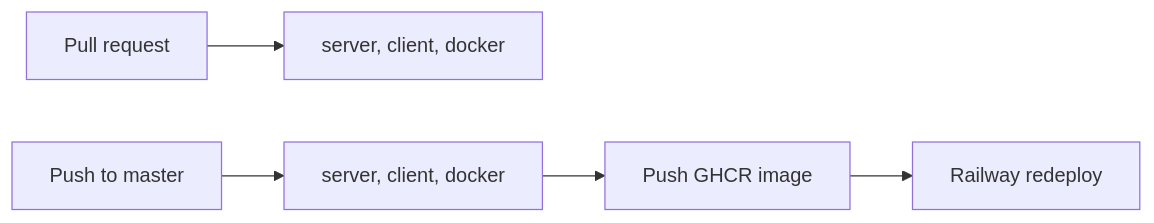
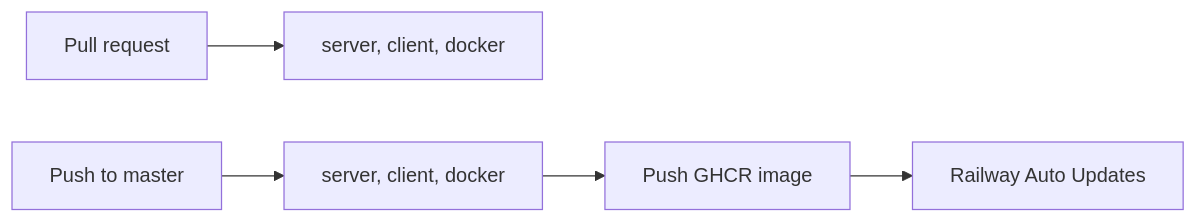
The third of 3 diagrams in README.md (Sad7920/viral-chat), drawn with Mermaid before and after one commit. The commit also changed other lines of this file and 2 other files, not shown here.

Commit message:
ci: publish image to GHCR only; Railway pulls via Auto Updates

````diff
--- a/README.md
+++ b/README.md
@@ -159,7 +159,7 @@
 ```mermaid
 flowchart LR
   pr[Pull request] --> checks[server, client, docker]
   push[Push to master] --> checks2[server, client, docker]
   checks2 --> publish[Push GHCR image]
-  publish --> deploy[Railway redeploy]
+  publish --> railway[Railway Auto Updates]
 ```
````
